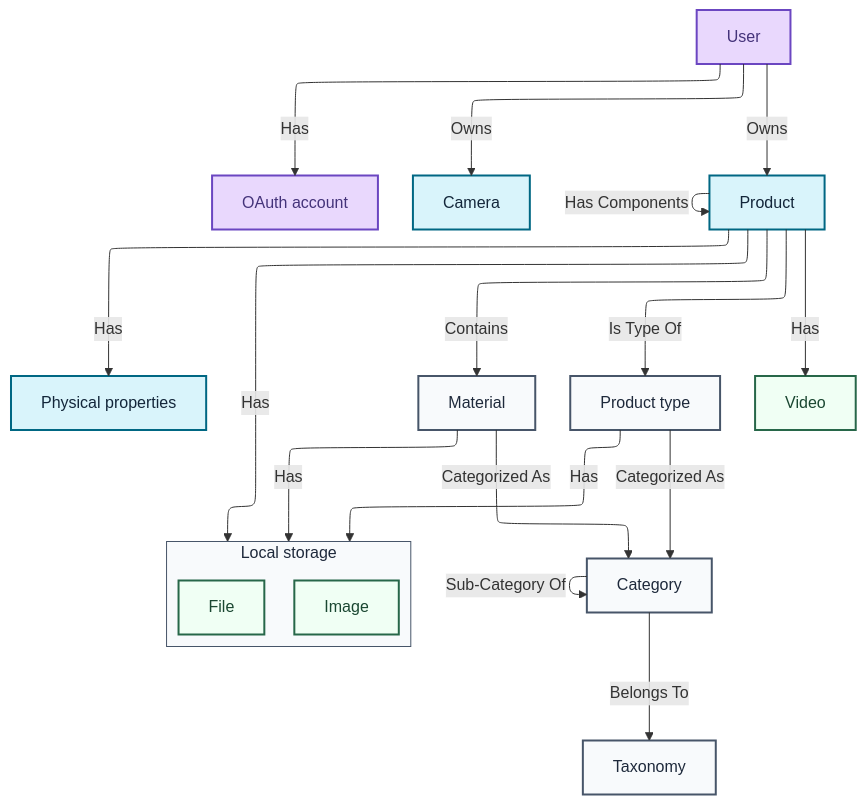
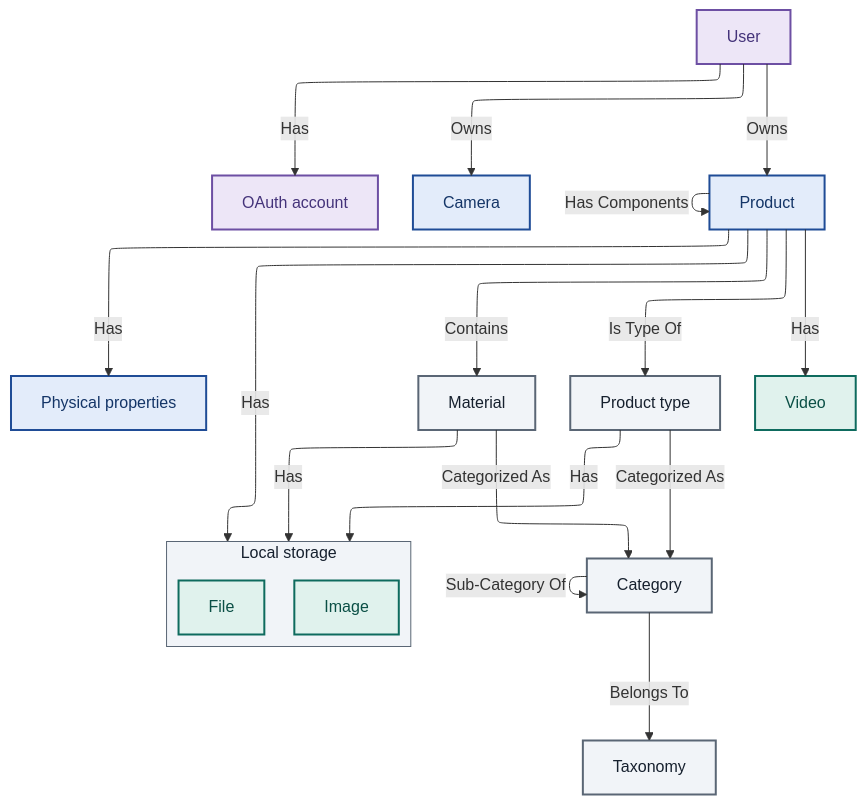
Before and after one commit to CMLPlatform/relab: the first of 5 diagrams in docs/src/content/docs/architecture/datamodel.mdx, drawn with Mermaid. The commit also changed 2 other files, not shown here.

Commit message:
feat(docs): move architecture diagrams to the brand categorical ramp

````diff
--- a/docs/src/content/docs/architecture/datamodel.mdx
+++ b/docs/src/content/docs/architecture/datamodel.mdx
@@ -6,56 +6,57 @@
 ```mermaid
 ---
 config:
     layout: elk
 ---
 graph TD
 
         User["User"]
         OAuthAccount["OAuth account"]
 
         Camera["Camera"]
         Product["Product"]
         PhysicalProperties["Physical properties"]
 
         Taxonomy["Taxonomy"]
         Material["Material"]
         Category["Category"]
         ProductType["Product type"]
 
         subgraph LocalStorage["Local storage"]
             File["File"]
             Image["Image"]
         end
         Video["Video"]
 
     User -->|Has| OAuthAccount
     User -->|Owns| Camera
 
     User -->|Owns| Product
     Product -->|Has Components| Product
     Product -->|Contains| Material
     Product -->|Is Type Of| ProductType
     Product -->|Has| PhysicalProperties
     ProductType -->|Categorized As| Category
     Material -->|Categorized As| Category
     Category -->|Sub-Category Of| Category
     Category -->|Belongs To| Taxonomy
     Product -->|Has| LocalStorage
     Product -->|Has| Video
     Material -->|Has| LocalStorage
     ProductType -->|Has| LocalStorage
 
-    style LocalStorage fill:#f8fafc,stroke:#475569,stroke-width:1px,color:#1e293b;
+    %% Diagram palette from assets/DESIGN.md (categorical ramp)
+    style LocalStorage fill:#f1f4f8,stroke:#5a6675,stroke-width:1px,color:#16202e;
 
-    classDef UserManagementFill fill:#e9d8fd,stroke:#6b46c1,stroke-width:2px,color:#44337a;
+    classDef UserManagementFill fill:#ede6f7,stroke:#6d4fa3,stroke-width:2px,color:#44337a;
     class User,OAuthAccount UserManagementFill;
 
-    classDef DataCollectionFill fill:#d9f4fb,stroke:#006783,stroke-width:2px,color:#13263a;
+    classDef DataCollectionFill fill:#e3ecfa,stroke:#1f4c96,stroke-width:2px,color:#143567;
     class Product,PhysicalProperties,Camera DataCollectionFill;
 
-    classDef ReferenceDataFill fill:#f8fafc,stroke:#475569,stroke-width:2px,color:#1e293b;
+    classDef ReferenceDataFill fill:#f1f4f8,stroke:#5a6675,stroke-width:2px,color:#16202e;
     class Taxonomy,Material,Category,ProductType ReferenceDataFill;
 
-    classDef MediaFill fill:#f0fff4,stroke:#276749,stroke-width:2px,color:#1a4731;
+    classDef MediaFill fill:#e0f2ed,stroke:#0e6b5e,stroke-width:2px,color:#0a4f45;
     class File,Image,Video MediaFill;
 ```
````
